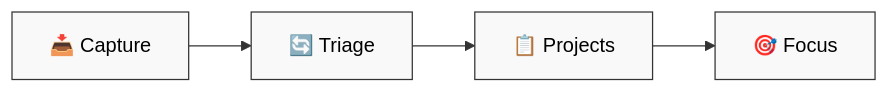
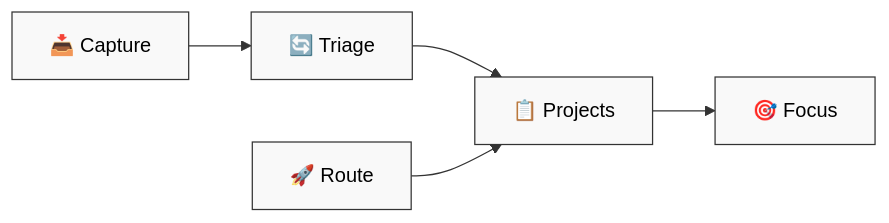
Before and after one commit to digital-stoic-org/agent-skills: the diagram in gtd/README.md, drawn with Mermaid. The commit also changed other lines of this file and 4 other files, not shown here.

````diff
--- a/gtd/README.md
+++ b/gtd/README.md
@@ -7,8 +7,9 @@
 ```mermaid
 flowchart LR
     A["📥 Capture"] --> B["🔄 Triage"]
     B --> C["📋 Projects"]
+    R["🚀 Route"] --> C
     C --> D["🎯 Focus"]
 
     classDef default fill:#f9f9f9,stroke:#333,color:#000
 ```
````
